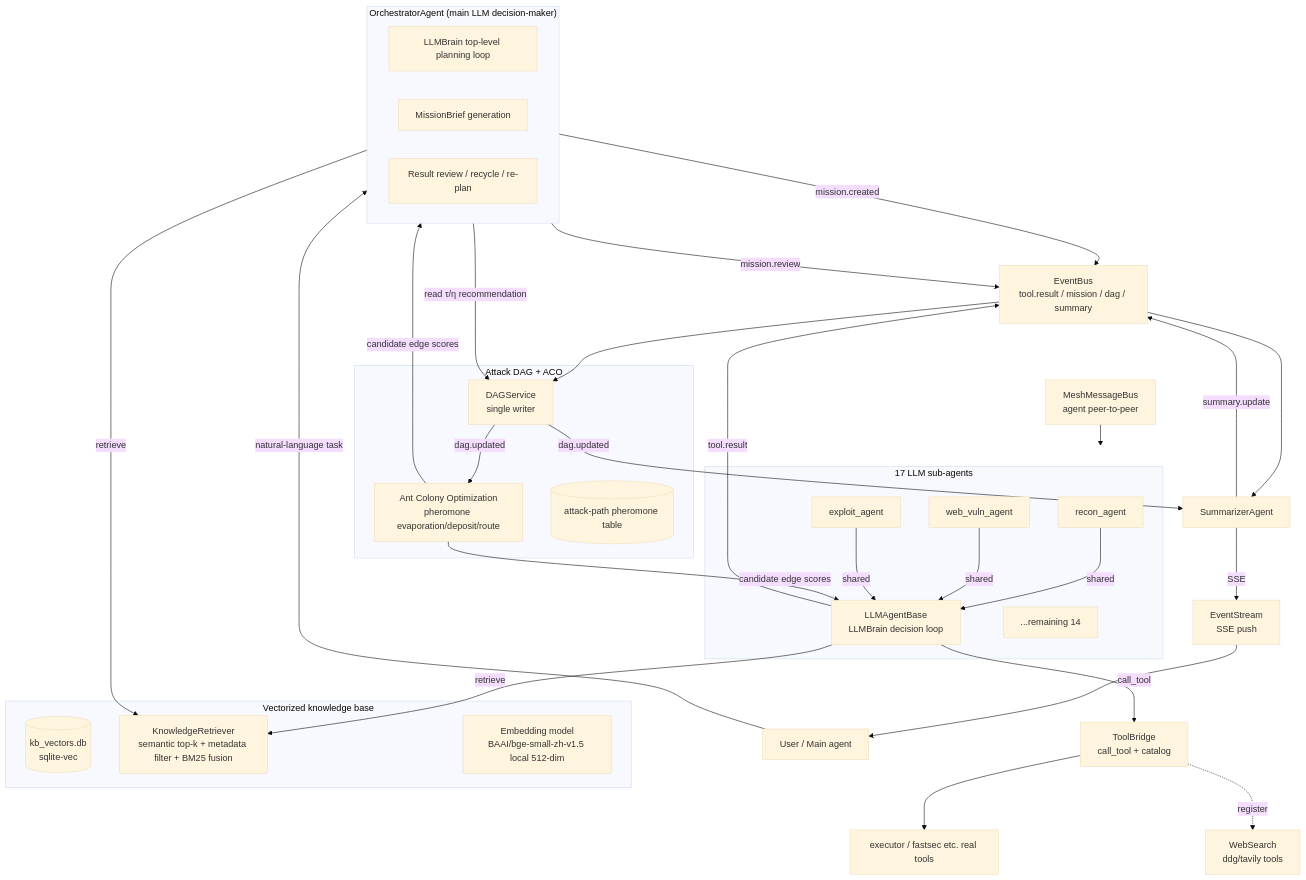
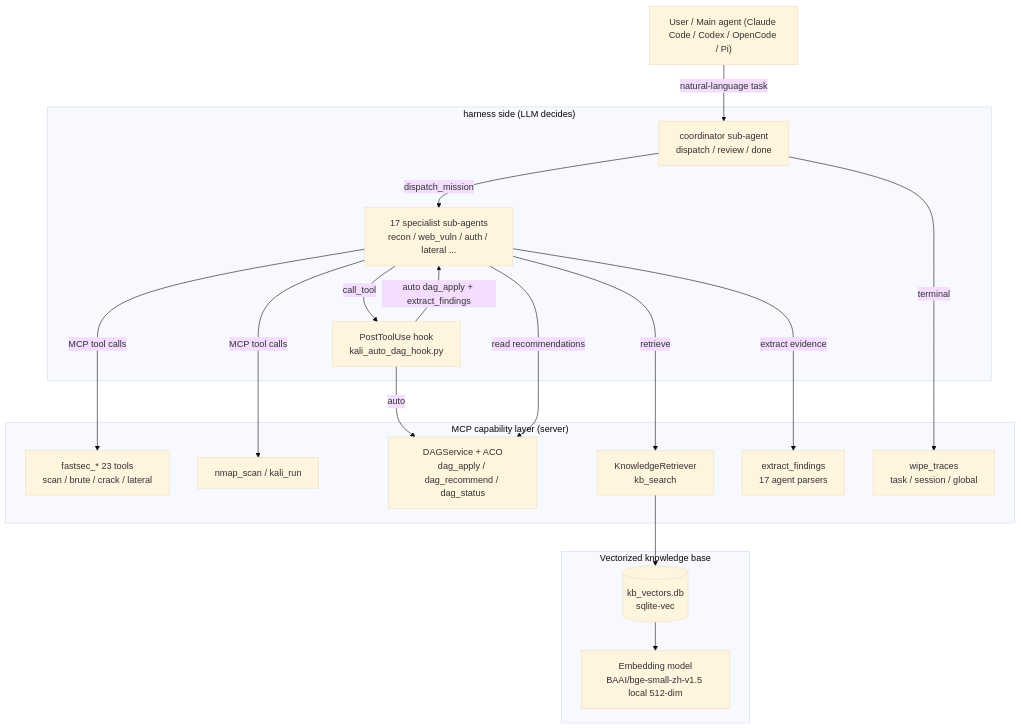
One commit to SeaC-25/Kali-Security-MCP changed the second of 2 diagrams in README.md. Above: the diagram before and after it, drawn with Mermaid (base theme). The commit also changed other lines of this file, not shown here.

First line of the commit message:
docs: README 全面重写对齐当前架构（能力层 MCP + 18 原生子代理 + hooks + fastsec 23 工具 + stealth + 痕迹清理）

````diff
--- a/README.md
+++ b/README.md
@@ -514,57 +511,37 @@
 ```mermaid
 flowchart TB
-    U["User / Main agent"] -->|natural-language task| ORCH
+    U["User / Main agent (Claude Code / Codex / OpenCode / Pi)"] -->|natural-language task| COORD
 
-    subgraph ORCH["OrchestratorAgent (main LLM decision-maker)"]
-        OL["LLMBrain top-level planning loop"]
-        OB["MissionBrief generation"]
-        OV["Result review / recycle / re-plan"]
+    subgraph HARNESS["harness side (LLM decides)"]
+        COORD["coordinator sub-agent<br/>dispatch / review / done"]
+        SUB["17 specialist sub-agents<br/>recon / web_vuln / auth / lateral ..."]
+        HOOK["PostToolUse hook<br/>kali_auto_dag_hook.py"]
+        COORD -->|dispatch_mission| SUB
+        SUB -->|call_tool| HOOK
+        HOOK -->|auto dag_apply + extract_findings| SUB
     end
 
-    subgraph KB["Vectorized knowledge base"]
+    subgraph MCP["MCP capability layer (server)"]
+        FS["fastsec_* 23 tools<br/>scan / brute / crack / lateral"]
+        NM["nmap_scan / kali_run"]
+        DAG["DAGService + ACO<br/>dag_apply / dag_recommend / dag_status"]
+        KB["KnowledgeRetriever<br/>kb_search"]
+        EX["extract_findings<br/>17 agent parsers"]
+        WP["wipe_traces<br/>task / session / global"]
+    end
+
+    subgraph KNOWLEDGE["Vectorized knowledge base"]
         IDX[("kb_vectors.db<br/>sqlite-vec")]
-        RT["KnowledgeRetriever<br/>semantic top-k + metadata filter + BM25 fusion"]
         EMB["Embedding model<br/>BAAI/bge-small-zh-v1.5 local 512-dim"]
     end
 
-    subgraph DAG["Attack DAG + ACO"]
-        DAGS["DAGService<br/>single writer"]
-        ACO["Ant Colony Optimization<br/>pheromone evaporation/deposit/route"]
-        PHE[("attack-path pheromone table")]
-    end
-
-    subgraph AGENTS["17 LLM sub-agents"]
-        A1["recon_agent"] -->|shared| LB["LLMAgentBase<br/>LLMBrain decision loop"]
-        A2["web_vuln_agent"] -->|shared| LB
-        A3["exploit_agent"] -->|shared| LB
-        AX["...remaining 14"]
-    end
-
-    SUM["SummarizerAgent"]
-    ES["EventStream<br/>SSE push"]
-    BUS["EventBus<br/>tool.result / mission / dag / summary"]
-    MESH["MeshMessageBus<br/>agent peer-to-peer"]
-    TB["ToolBridge<br/>call_tool + catalog"]
-    EX["executor / fastsec etc. real tools"]
-    WS["WebSearch<br/>ddg/tavily tools"]
-
-    ORCH -->|mission.created| BUS
-    ORCH -->|retrieve| RT
-    ORCH -->|read τ/η recommendation| DAGS
-    BUS --> DAGS
-    DAGS -->|dag.updated| ACO
-    ACO -->|candidate edge scores| ORCH
-    ACO -->|candidate edge scores| LB
-    LB -->|call_tool| TB
-    TB --> EX
-    LB -->|tool.result| BUS
-    LB -->|retrieve| RT
-    TB -.register.-> WS
-    BUS --> SUM
-    MESH --> AGENTS
-    SUM -->|summary.update| BUS
-    SUM -->|SSE| ES
-    ES --> U
-    ORCH -->|mission.review| BUS
-    DAGS -->|dag.updated| SUM
+    SUB -->|MCP tool calls| FS
+    SUB -->|MCP tool calls| NM
+    HOOK -->|auto| DAG
+    SUB -->|read recommendations| DAG
+    SUB -->|retrieve| KB
+    KB --> IDX
+    IDX --> EMB
+    SUB -->|extract evidence| EX
+    COORD -->|terminal| WP
 ```
````
